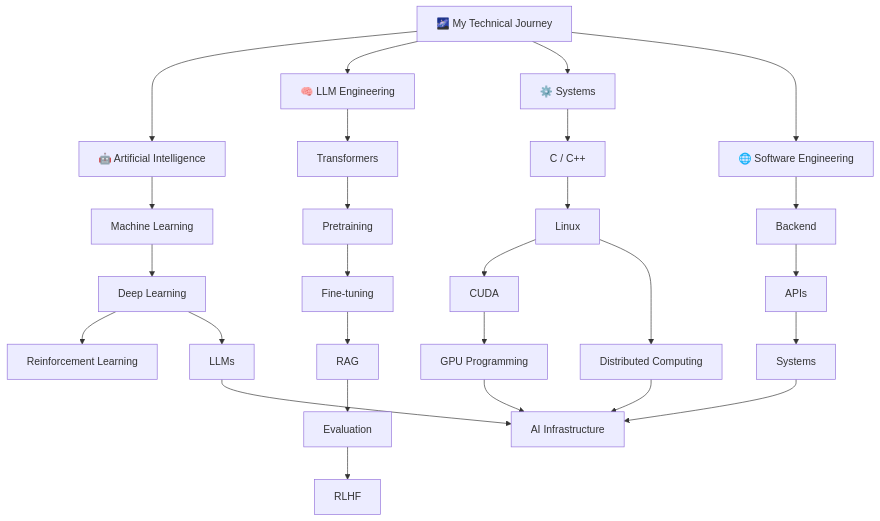
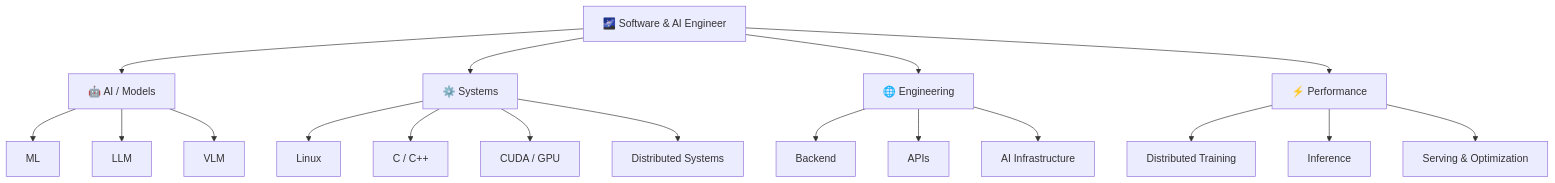
Before and after one commit to sirUnchained/sirUnchained: the diagram in README.md, drawn with Mermaid.

Commit message:
clear path

````diff
--- a/README.md
+++ b/README.md
@@ -37,36 +37,27 @@
 ```mermaid
 flowchart TD
-    ROOT["🌌 My Technical Journey"]
+    ROOT["🌌 Software & AI Engineer"]
 
-    ROOT --> AI["🤖 Artificial Intelligence"]
-    ROOT --> LLM["🧠 LLM Engineering"]
+    ROOT --> AI["🤖 AI / Models"]
     ROOT --> SYS["⚙️ Systems"]
-    ROOT --> SWE["🌐 Software Engineering"]
+    ROOT --> ENG["🌐 Engineering"]
 
-    AI --> ML["Machine Learning"]
-    ML --> DL["Deep Learning"]
-    DL --> RL["Reinforcement Learning"]
-    DL --> LLMs["LLMs"]
+    AI --> ML["ML"]
+    AI --> LLM["LLM"]
+    AI --> VLM["VLM"]
 
-    LLM --> TRANS["Transformers"]
-    TRANS --> PRE["Pretraining"]
-    PRE --> FT["Fine-tuning"]
-    FT --> RAG["RAG"]
-    RAG --> EVAL["Evaluation"]
-    EVAL --> RLHF["RLHF"]
+    SYS --> LINUX["Linux"]
+    SYS --> CPP["C / C++"]
+    SYS --> CUDA["CUDA / GPU"]
+    SYS --> DIST["Distributed Systems"]
 
-    SYS --> CPP["C / C++"]
-    CPP --> LINUX["Linux"]
-    LINUX --> CUDA["CUDA"]
-    CUDA --> GPU["GPU Programming"]
-    LINUX --> DIST["Distributed Computing"]
+    ENG --> BACK["Backend"]
+    ENG --> API["APIs"]
+    ENG --> INFRA["AI Infrastructure"]
 
-    SWE --> BACK["Backend"]
-    BACK --> API["APIs"]
-    API --> SYSTEMS["Systems"]
-    SYSTEMS --> INFRA["AI Infrastructure"]
+    ROOT --> PERF["⚡ Performance"]
 
-    GPU --> INFRA
-    DIST --> INFRA
-    LLMs --> INFRA
+    PERF --> TRAIN["Distributed Training"]
+    PERF --> INFER["Inference"]
+    PERF --> SERVE["Serving & Optimization"]
 ```
````
